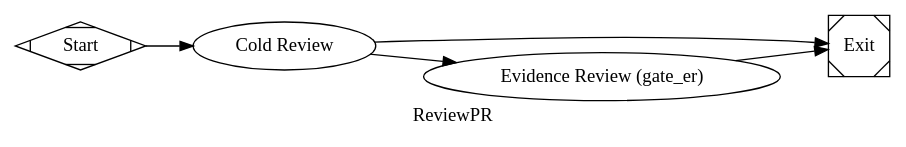
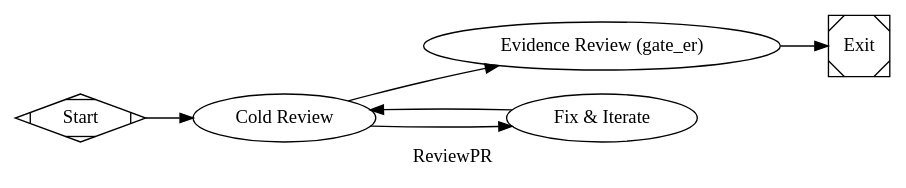
The diagram in pipelines/slim/review_pr.dot (jleechanorg/dark-factory), drawn with Graphviz before and after one commit. The commit also changed 21 other files, not shown here.

```diff
--- a/pipelines/slim/review_pr.dot
+++ b/pipelines/slim/review_pr.dot
@@ -1,47 +1,61 @@
 digraph ReviewPR {
     graph [
         goal="PR review: cold codergen review + a real SHA-bound evidence gate (gate_er on agy, claude fallback). No holdout — holdouts test feature scenarios, not PR diffs."
         label="ReviewPR"
         rankdir=LR
     ]
 
     start  [shape=Mdiamond, label="Start"]
     exit   [shape=Msquare,  label="Exit"]
 
     // Cold fresh-eyes review. type=codergen → honors the run-level --backend
     // (set --backend agy for an independent adversarial pass). It can edit, so
     // it is NOT the merge-confidence reviewer; the gate below is.
     review  [
         type="codergen",
         label="Cold Review",
         class="review",
         prompt="@prompts/slim/review.md",
         goal_gate=true
     ]
 
     // Real evidence reviewer: SHA-bound, read-only, verdict-parsed. Resolves
     // via the adversarial-review priority queue (codex > minimax > agy >
     // claude-sonnet) so the reviewer is a *different vendor* from the
     // implementing coder. prefer_adversarial: true guarantees the run-level
     // coder backend is excluded from the queue (a `claude` coder run cannot
     // accidentally get a `claude` reviewer). The agy→claude infra fallback
     // still applies (never reviewer-shops a real fail/partial). Priority list
     // comes from backend_priority= here; overridable per-run via
     // DARK_FACTORY_ADVERSARIAL_PRIORITY. gate_er echo-short-circuits on the
     // run-level backend, so --backend echo smoke still pre-seeds via
     // ctx.state["evidence.outcome"].
     evidence [
         type="gate_er",
         label="Evidence Review (gate_er)",
         class="review",
         backend_priority="codex,minimax,agy,claude-sonnet",
         prefer_adversarial="true",
         timeout=600
     ]
 
     start    -> review
     review   -> evidence  [condition="outcome=success"]
-    review   -> exit      [condition="outcome!=success"]
+    review   -> fix       [condition="outcome!=success"]
 
     evidence -> exit
+
+    // Bounded fix loop: when the cold fresh-eyes review rejects the diff,
+    // route through the fix prompt (bounded) so the lane can iterate on
+    // the artifact rather than exit silently unreviewed (G1: the
+    // evidence gate_er is the real merge-confidence reviewer).
+    fix [
+        type="codergen",
+        label="Fix & Iterate",
+        class="fix",
+        prompt="@prompts/slim/fix.md",
+        max_visits="3",
+        timeout=600
+    ]
+    fix -> review
 }
```
